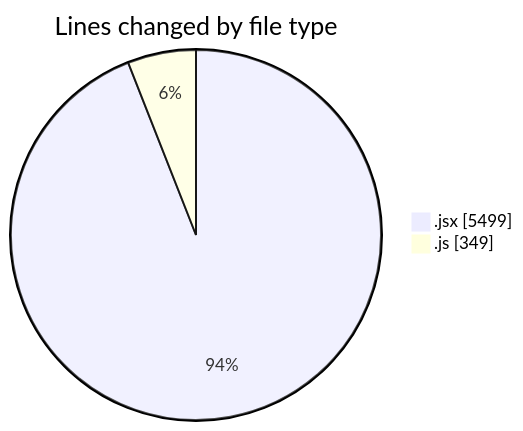
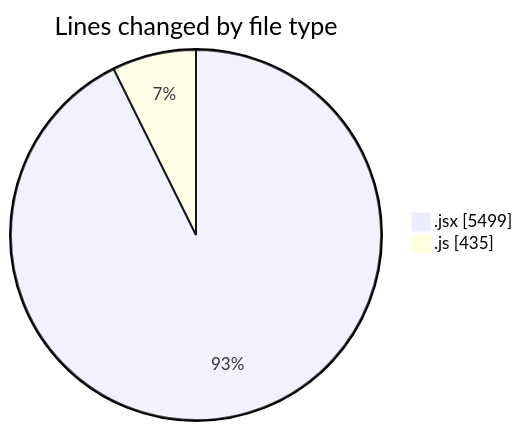
The first of 2 diagrams in 2025-12-11/nxtqube_webapp/README.md (nxtqubesakshisongat/code-tracking), drawn with Mermaid before and after one commit. The commit also changed other lines of this file and 1 other file, not shown here.

````diff
--- a/2025-12-11/nxtqube_webapp/README.md
+++ b/2025-12-11/nxtqube_webapp/README.md
@@ -29,6 +30,6 @@
 ```mermaid
 pie showData
 title Lines changed by file type
 ".jsx" : 5499
-".js" : 349
+".js" : 435
 ```
````
